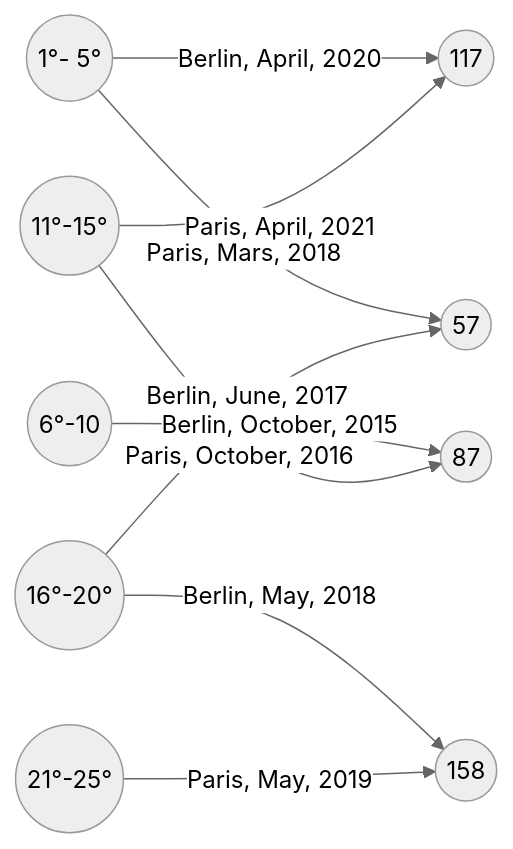
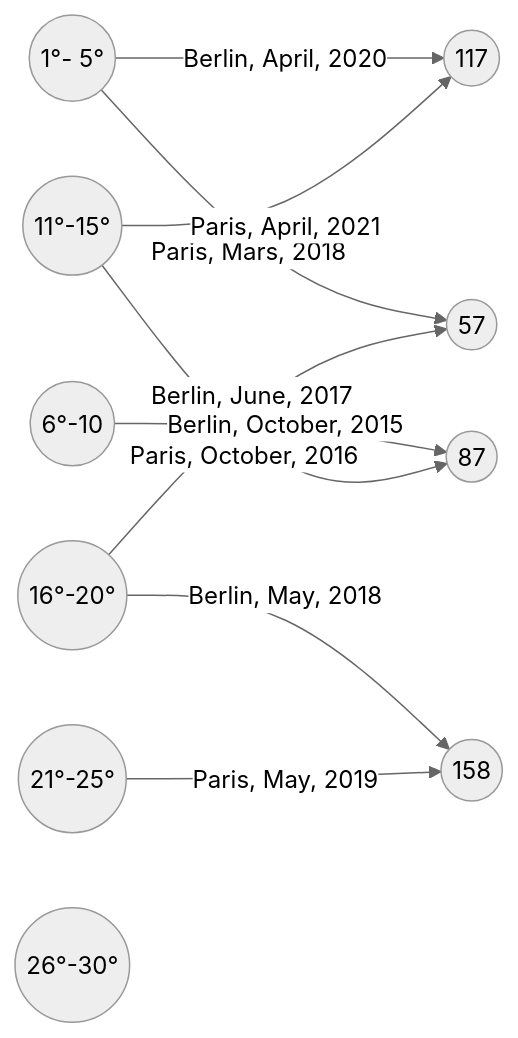
Before and after one commit to antoinekrull/cute-whales: the diagram in README.md, drawn with Mermaid (neutral theme). The commit also changed other lines of this file and 2 other files, not shown here.

````diff
--- a/README.md
+++ b/README.md
@@ -45,11 +45,12 @@
 ```mermaid
 flowchart LR
     t1((1°- 5°)) -- Berlin, April, 2020 --> d1((117))
     t1((1°- 5°)) -- Paris, Mars, 2018 --> d2((57))
     t2((6°-10)) -- Berlin, October, 2015 --> d3((87))
     t3((11°-15°)) -- Paris, April, 2021 --> d1((117))
     t4((16°-20°)) --Berlin, May, 2018 --> d4((158))
     t5((21°-25°)) -- Paris, May, 2019 --> d4((158)) 
     t3((11°-15°)) -- Paris, October, 2016 --> d3((87))
     t4((16°-20°)) -- Berlin, June, 2017 --> d2((57))
+    t6((26°-30°)) 
 ```
````
